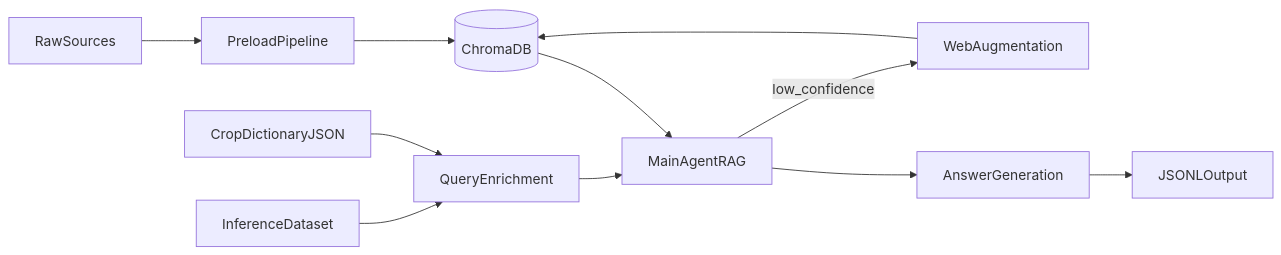
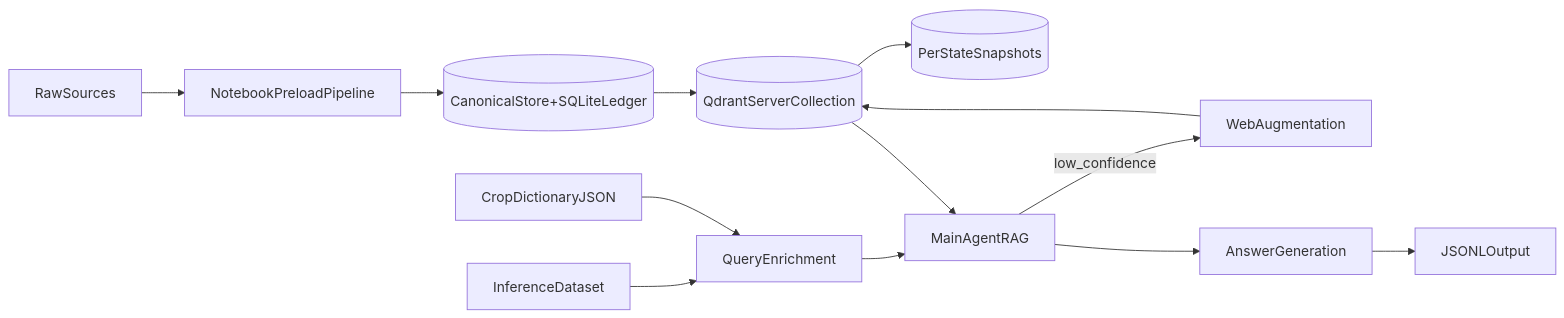
The first of 2 diagrams in README.MD (shashanksp04/MIRAGE-RAG), drawn with Mermaid before and after one commit. The commit also changed other lines of this file and 2 other files, not shown here.

Commit message:
docs: update preload pipeline docs for notebook-based new architecture

````diff
--- a/README.MD
+++ b/README.MD
@@ -15,24 +15,28 @@
 ```mermaid
 flowchart LR
   rawSources[RawSources]
-  preload[PreloadPipeline]
-  chroma[(ChromaDB)]
+  preload[NotebookPreloadPipeline]
+  canonical[(CanonicalStore+SQLiteLedger)]
+  qdrant[(QdrantServerCollection)]
+  snap[(PerStateSnapshots)]
   cropDict[CropDictionaryJSON]
   dataset[InferenceDataset]
   enrich[QueryEnrichment]
   rag[MainAgentRAG]
   webAug[WebAugmentation]
   gen[AnswerGeneration]
   out[JSONLOutput]
 
   rawSources --> preload
-  preload --> chroma
+  preload --> canonical
+  canonical --> qdrant
+  qdrant --> snap
   dataset --> enrich
   cropDict --> enrich
   enrich --> rag
-  chroma --> rag
+  qdrant --> rag
   rag -->|"low_confidence"| webAug
-  webAug --> chroma
+  webAug --> qdrant
   rag --> gen
   gen --> out
 ```
````
